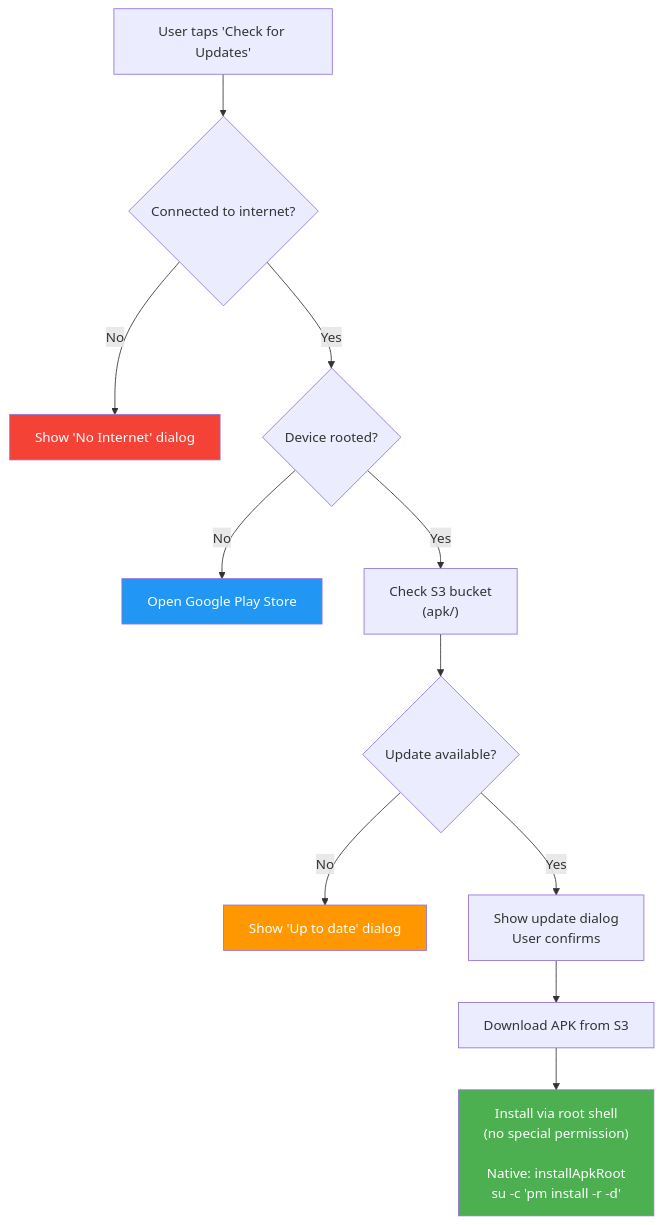
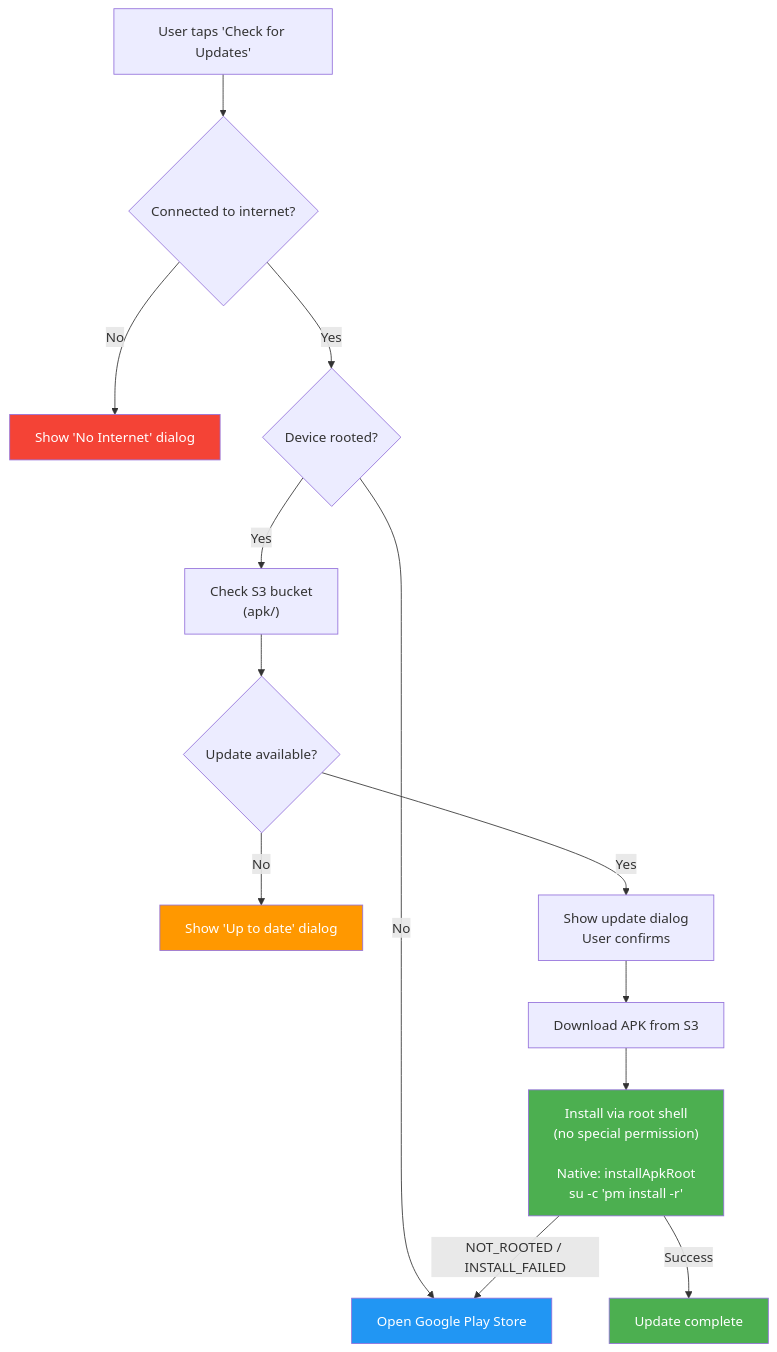
Before and after one commit to YassinNouh21/android-tv-app: the third of 4 diagrams in docs/update-logic.md, drawn with Mermaid. The commit also changed other lines of this file and 5 other files, not shown here.

````diff
--- a/docs/update-logic.md
+++ b/docs/update-logic.md
@@ -42,18 +42,21 @@
 ```mermaid
 flowchart TD
     START["User taps 'Check for Updates'"] --> INTERNET{Connected to internet?}
     INTERNET -- No --> NO_NET["Show 'No Internet' dialog"]
     INTERNET -- Yes --> ROOTED{Device rooted?}
     ROOTED -- No --> OPEN_PLAY["Open Google Play Store"]
     ROOTED -- Yes --> CHECK_S3["Check S3 bucket<br/>(apk/)"]
     CHECK_S3 --> UPDATE{Update available?}
     UPDATE -- No --> UP_TO_DATE["Show 'Up to date' dialog"]
     UPDATE -- Yes --> DIALOG["Show update dialog<br/>User confirms"]
     DIALOG --> DOWNLOAD["Download APK from S3"]
-    DOWNLOAD --> INSTALL["Install via root shell<br/>(no special permission)<br/><br/>Native: installApkRoot<br/>su -c 'pm install -r -d'"]
+    DOWNLOAD --> INSTALL["Install via root shell<br/>(no special permission)<br/><br/>Native: installApkRoot<br/>su -c 'pm install -r'"]
+    INSTALL -- Success --> DONE["Update complete"]
+    INSTALL -- NOT_ROOTED / INSTALL_FAILED --> OPEN_PLAY
 
     style INSTALL fill:#4CAF50,color:#fff
     style OPEN_PLAY fill:#2196F3,color:#fff
     style NO_NET fill:#f44336,color:#fff
     style UP_TO_DATE fill:#FF9800,color:#fff
+    style DONE fill:#4CAF50,color:#fff
 ```
````
